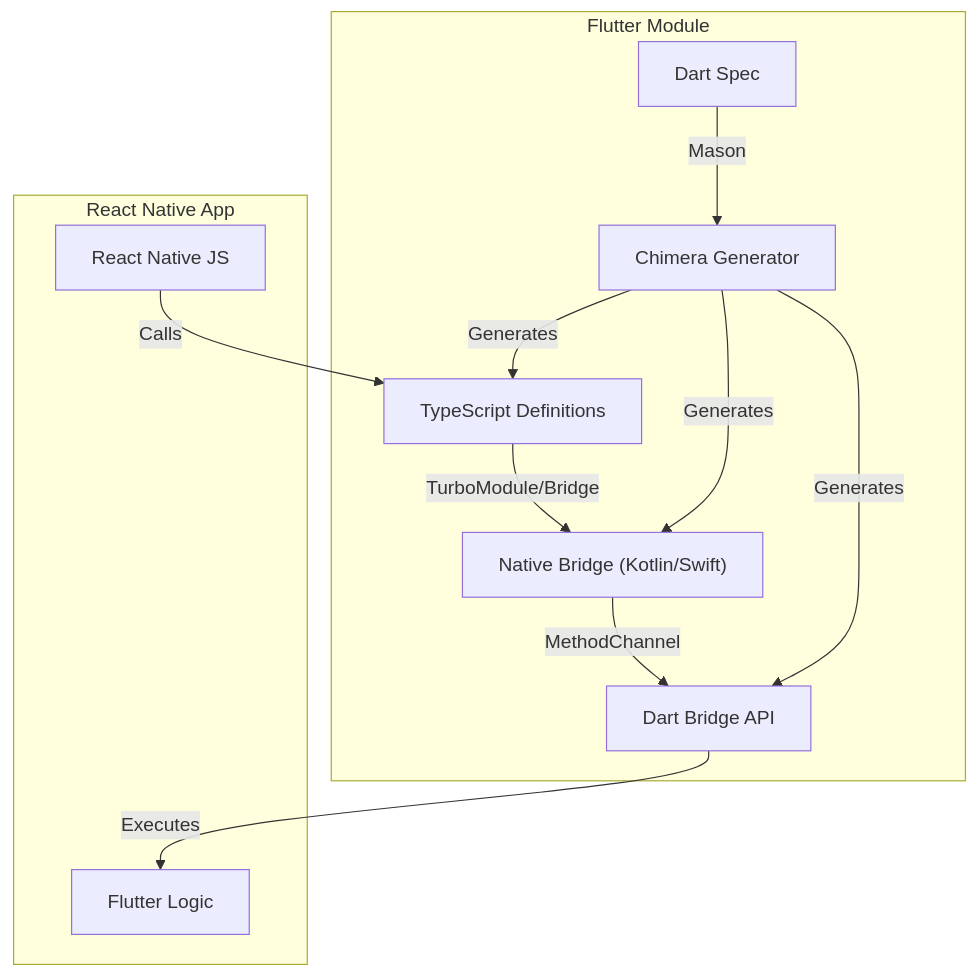
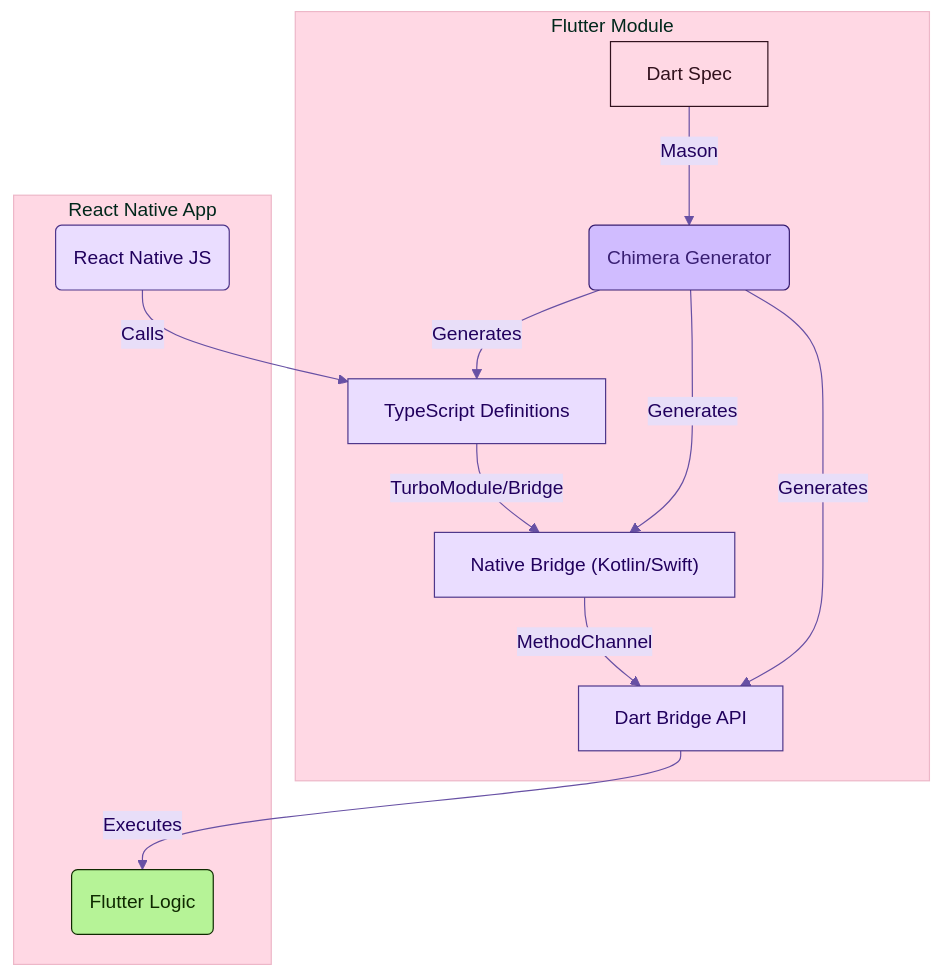
The diagram in README.md (AxelBlaz3/chimera-bridge), drawn with Mermaid before and after one commit. The commit also changed 1 other file, not shown here.

Commit message:
docs: upgrade diagrams to Material 3 style

````diff
--- a/README.md
+++ b/README.md
@@ -21,16 +21,34 @@
 ```mermaid
+%%{
+  init: {
+    'theme': 'base',
+    'themeVariables': {
+      'primaryColor': '#EADDFF',
+      'primaryTextColor': '#21005D',
+      'primaryBorderColor': '#4F378B',
+      'lineColor': '#6750A4',
+      'secondaryColor': '#E8DEF8',
+      'tertiaryColor': '#FFD8E4',
+      'fontFamily': 'Product Sans, Roboto, sans-serif'
+    }
+  }
+}%%
 graph TD
     subgraph "Flutter Module"
-        A[Dart Spec] -->|Mason| B[Chimera Generator]
+        A[Dart Spec] -->|Mason| B(Chimera Generator)
         B -->|Generates| C[Dart Bridge API]
         B -->|Generates| D["Native Bridge (Kotlin/Swift)"]
         B -->|Generates| E[TypeScript Definitions]
     end
 
     subgraph "React Native App"
-        F[React Native JS] -->|Calls| E
+        F(React Native JS) -->|Calls| E
         E -->|TurboModule/Bridge| D
         D -->|MethodChannel| C
-        C -->|Executes| G[Flutter Logic]
+        C -->|Executes| G(Flutter Logic)
     end
+    
+    style A fill:#FFD8E4,stroke:#31111D,color:#31111D
+    style B fill:#D0BCFF,stroke:#381E72,color:#381E72
+    style G fill:#B6F397,stroke:#0F2900,color:#0F2900
 ```
````
